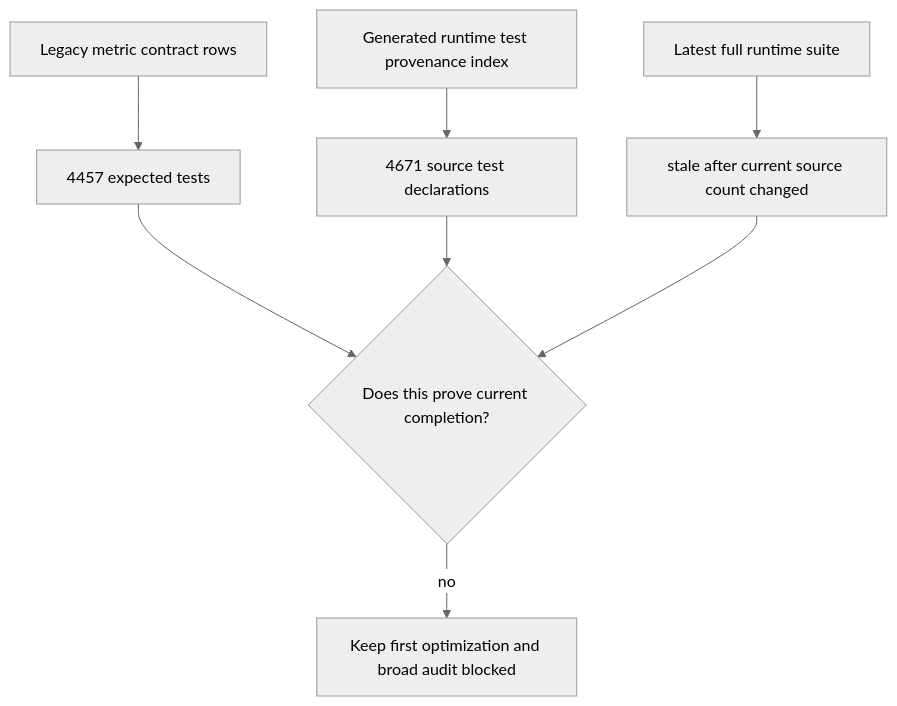
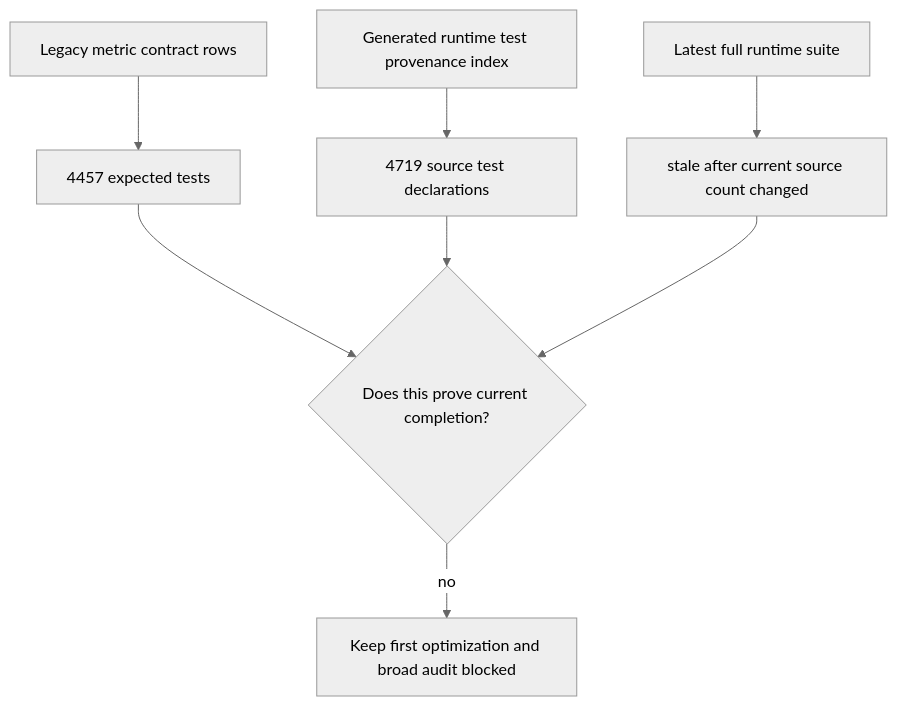
Before and after one commit to varshneydevansh/FilterTube: the first of 6 diagrams in docs/audit/FILTERTUBE_AUDIT_COMPLETION_GAP_REGISTER_2026-05-20.md, drawn with Mermaid (neutral theme). The commit also changed other lines of this file and 15 other files, not shown here.

Commit message:
test: refresh runtime ledger declaration pins

````diff
--- a/docs/audit/FILTERTUBE_AUDIT_COMPLETION_GAP_REGISTER_2026-05-20.md
+++ b/docs/audit/FILTERTUBE_AUDIT_COMPLETION_GAP_REGISTER_2026-05-20.md
@@ -612,10 +613,10 @@
 ```mermaid
 flowchart TD
   A["Legacy metric contract rows"] --> B["4457 expected tests"]
-  C["Generated runtime test provenance index"] --> D["4671 source test declarations"]
+  C["Generated runtime test provenance index"] --> D["4719 source test declarations"]
   E["Latest full runtime suite"] --> F["stale after current source count changed"]
   B --> G{"Does this prove current completion?"}
   D --> G
   F --> G
   G -->|"no"| H["Keep first optimization and broad audit blocked"]
 ```
````
